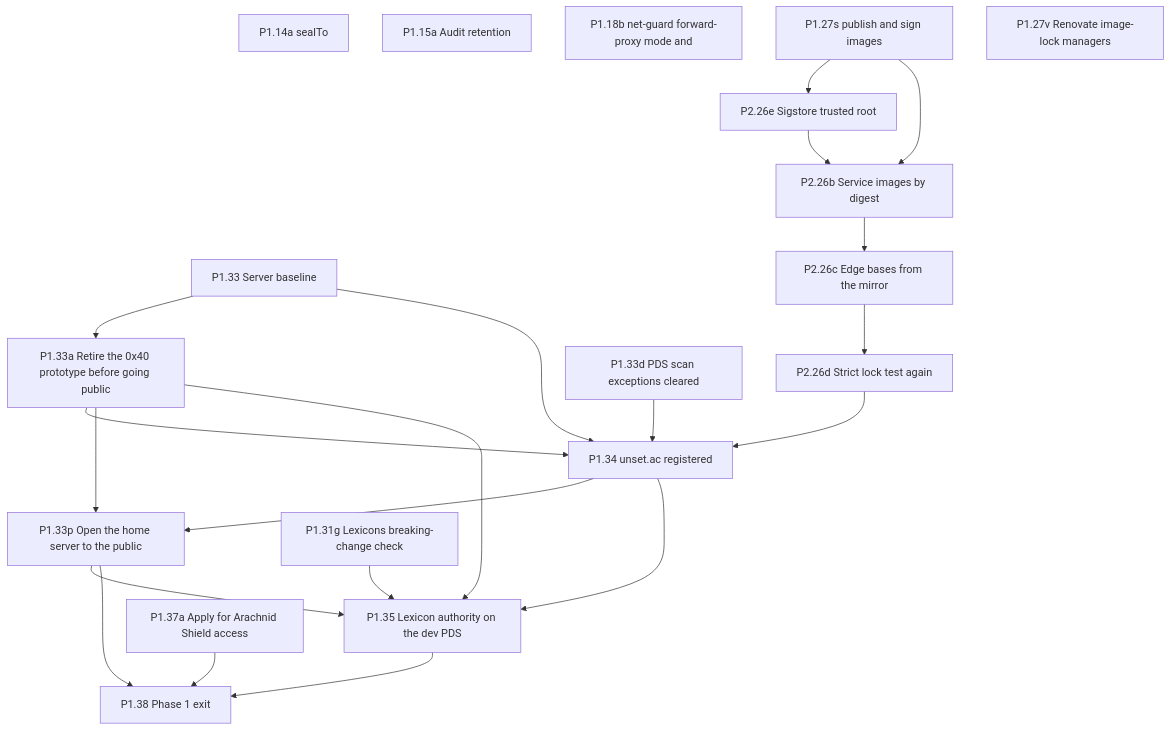
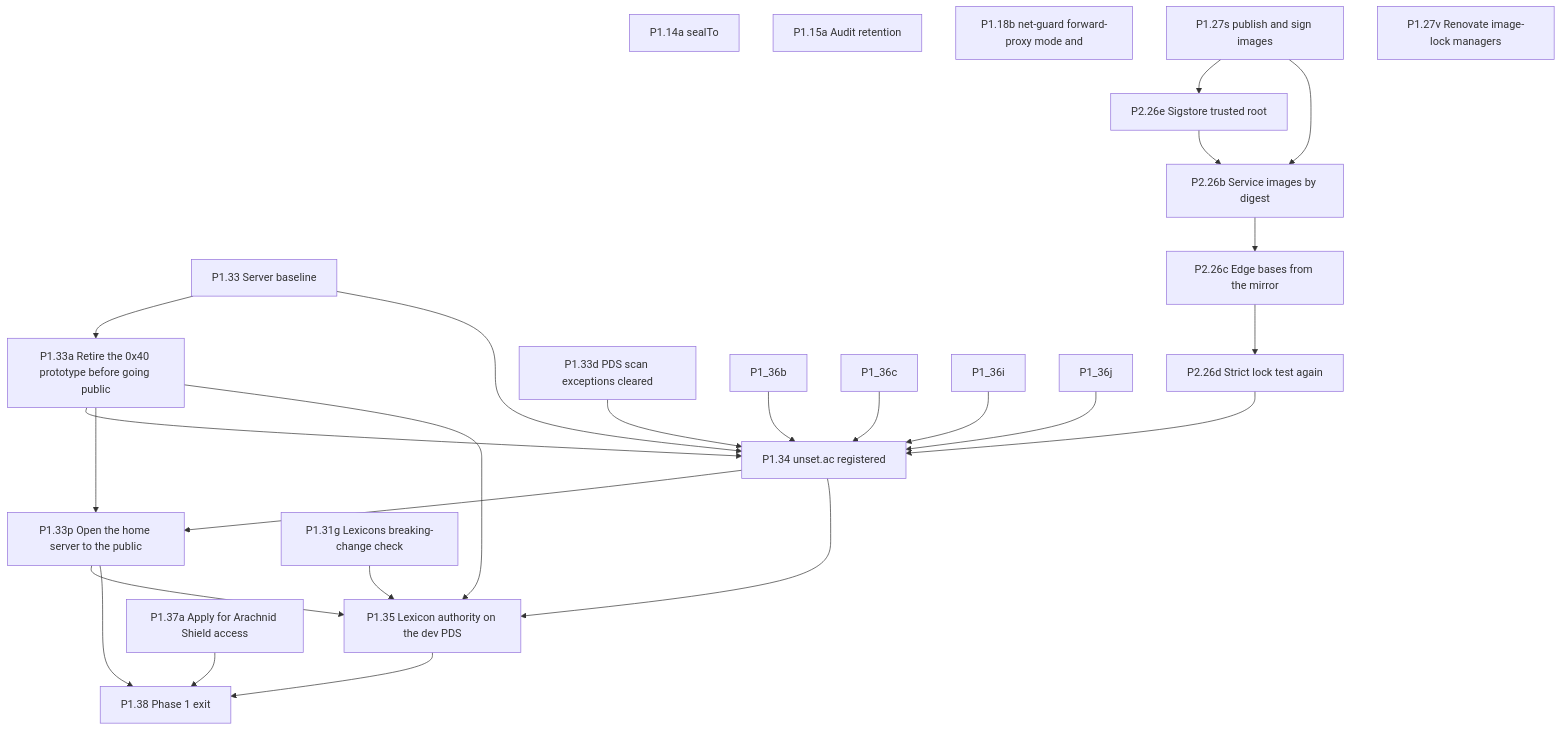
The fourth of 11 diagrams in docs/ai/book/01-outline.md (Undefined6799/unset), drawn with Mermaid before and after one commit. The commit also changed other lines of this file and 8 other files, not shown here.

````diff
--- a/docs/ai/book/01-outline.md
+++ b/docs/ai/book/01-outline.md
@@ -1411,40 +1437,44 @@
 ```mermaid
 flowchart TD
   P1_14a["P1.14a sealTo"]
   P1_15a["P1.15a Audit retention"]
   P1_18b["P1.18b net-guard forward-proxy mode and"]
   P1_33["P1.33 Server baseline"]
   P1_33a["P1.33a Retire the 0x40 prototype before going public"]
   P1_33p["P1.33p Open the home server to the public"]
   P2_26e["P2.26e Sigstore trusted root"]
   P2_26b["P2.26b Service images by digest"]
   P2_26c["P2.26c Edge bases from the mirror"]
   P2_26d["P2.26d Strict lock test again"]
   P1_33d["P1.33d PDS scan exceptions cleared"]
   P1_34["P1.34 unset.ac registered"]
   P1_35["P1.35 Lexicon authority on the dev PDS"]
   P1_31g["P1.31g Lexicons breaking-change check"]
   P1_27s["P1.27s publish and sign images"]
   P1_27v["P1.27v Renovate image-lock managers"]
   P1_37a["P1.37a Apply for Arachnid Shield access"]
   P1_38["P1.38 Phase 1 exit"]
   P1_33 --> P1_33a
   P1_33 --> P1_34
+  P1_36b --> P1_34
+  P1_36c --> P1_34
+  P1_36i --> P1_34
+  P1_36j --> P1_34
   P1_33a --> P1_34
   P1_33d --> P1_34
   P1_27s --> P2_26e
   P2_26e --> P2_26b
   P1_27s --> P2_26b
   P2_26b --> P2_26c
   P2_26c --> P2_26d
   P2_26d --> P1_34
   P1_34 --> P1_33p
   P1_33a --> P1_33p
   P1_33p --> P1_35
   P1_33a --> P1_35
   P1_33p --> P1_38
   P1_31g --> P1_35
   P1_34 --> P1_35
   P1_35 --> P1_38
   P1_37a --> P1_38
 ```
````
